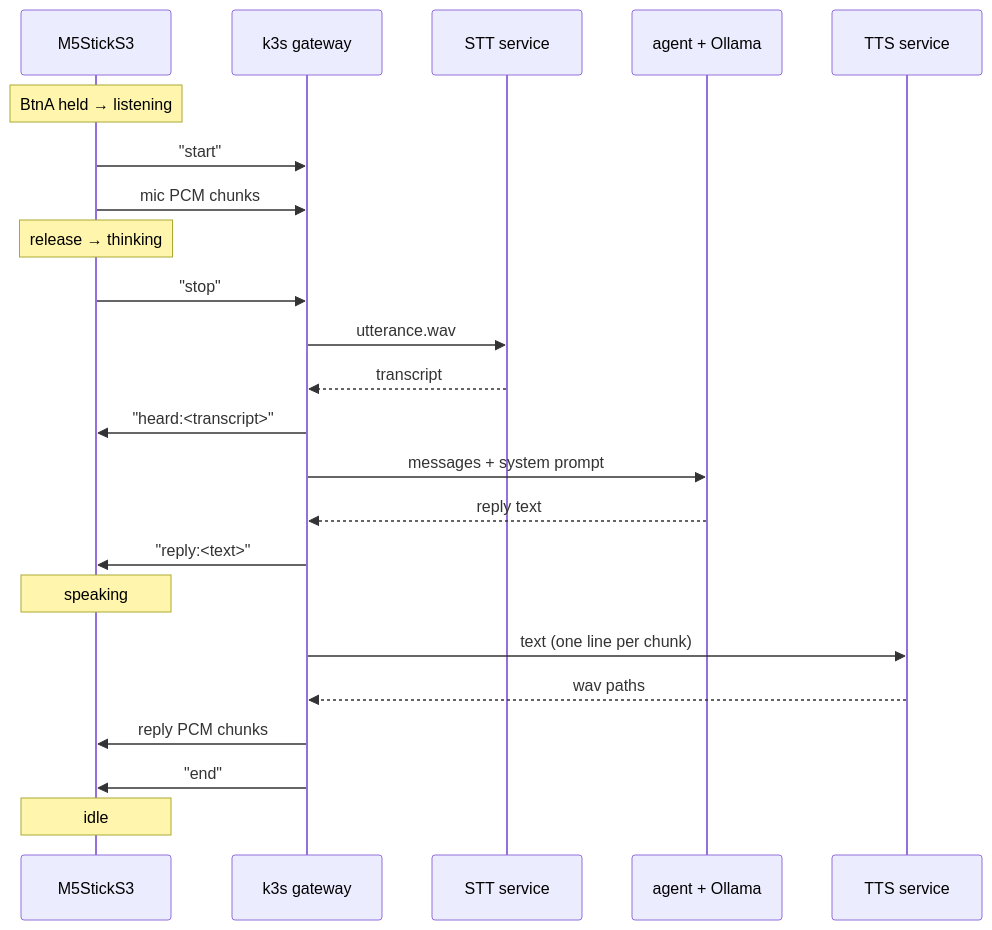
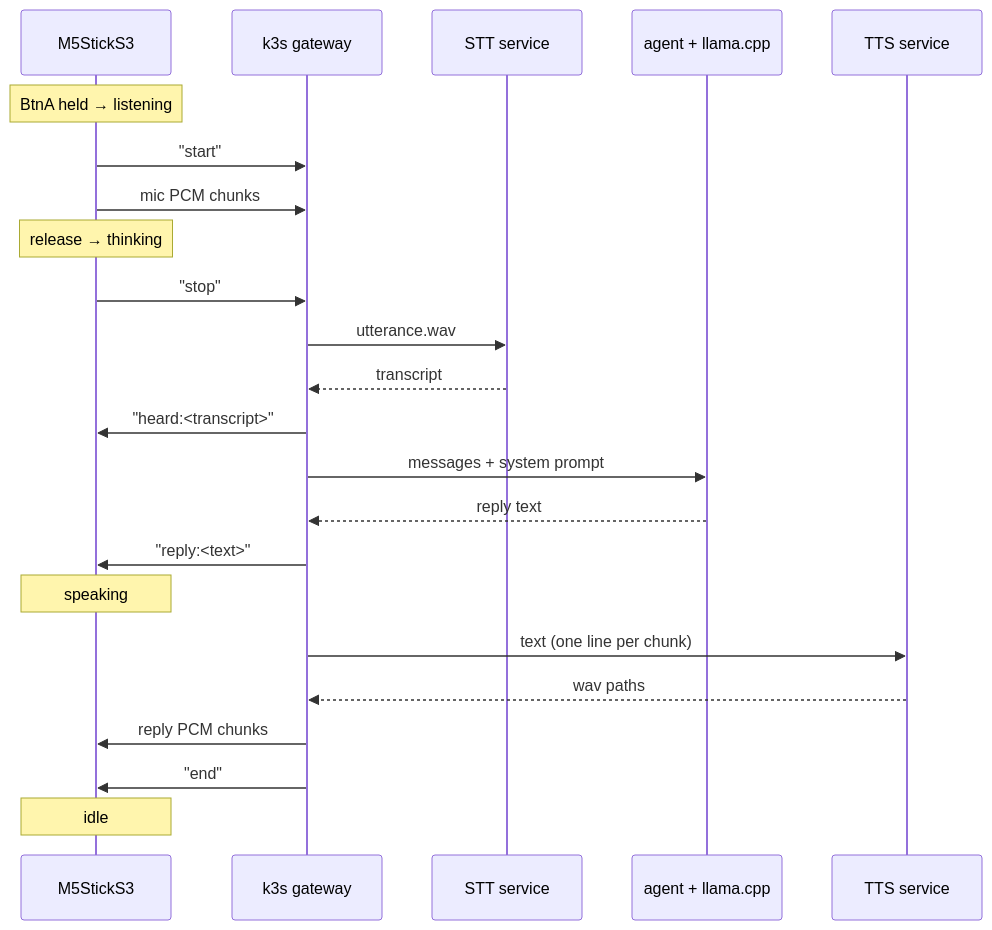
Before and after one commit to adixg/ai-companion: the second of 2 diagrams in README.md, drawn with Mermaid. The commit also changed other lines of this file, not shown here.

Commit message:
docs: align README with current cluster architecture

````diff
--- a/README.md
+++ b/README.md
@@ -93,26 +94,26 @@
 ```mermaid
 sequenceDiagram
     participant S as M5StickS3
     participant B as k3s gateway
     participant W as STT service
-    participant O as agent + Ollama
+    participant O as agent + llama.cpp
     participant T as TTS service
 
     Note over S: BtnA held → listening
     S->>B: "start"
     S->>B: mic PCM chunks
     Note over S: release → thinking
     S->>B: "stop"
     B->>W: utterance.wav
     W-->>B: transcript
     B->>S: "heard:<transcript>"
     B->>O: messages + system prompt
     O-->>B: reply text
     B->>S: "reply:<text>"
     Note over S: speaking
     B->>T: text (one line per chunk)
     T-->>B: wav paths
     B->>S: reply PCM chunks
     B->>S: "end"
     Note over S: idle
 ```
````
